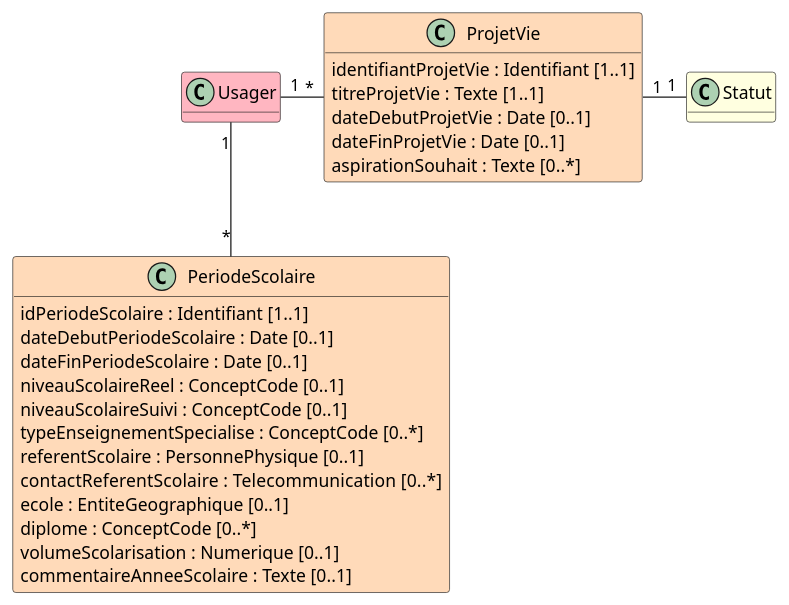
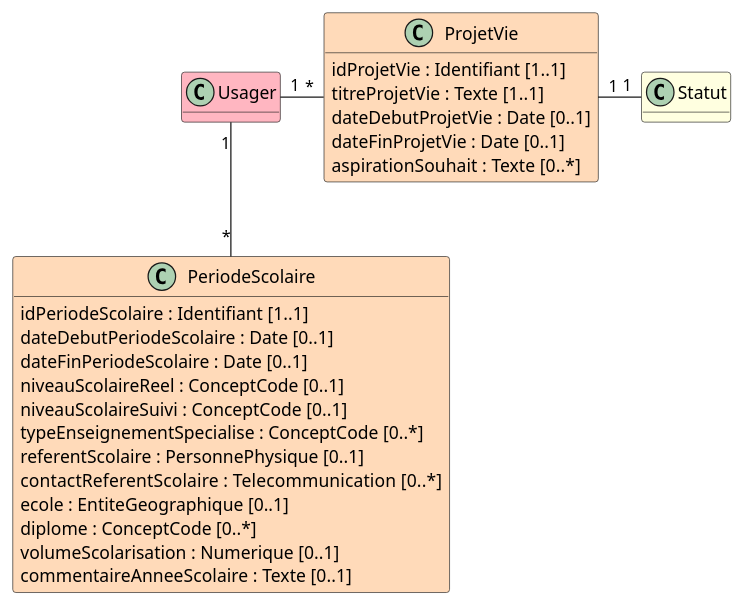
Before and after one commit to ansforge/IG-fhir-medicosocial-transfert-donnees-dui: the diagram in input/images-source/bloc_periode_scolaire.plantuml, drawn with PlantUML.

Commit message:
lot3 projet vie

```diff
--- a/input/images-source/bloc_periode_scolaire.plantuml
+++ b/input/images-source/bloc_periode_scolaire.plantuml
@@ -1,37 +1,37 @@
 @startuml
 
 hide empty methods
 
 class Usager #LightPink
 
 class Statut #LightYellow 
 
 class PeriodeScolaire #PeachPuff {
     idPeriodeScolaire : Identifiant [1..1]
     dateDebutPeriodeScolaire : Date [0..1]
     dateFinPeriodeScolaire : Date [0..1]
     niveauScolaireReel : ConceptCode [0..1]
     niveauScolaireSuivi : ConceptCode [0..1]
     typeEnseignementSpecialise : ConceptCode [0..*]
     referentScolaire : PersonnePhysique [0..1]
     contactReferentScolaire  : Telecommunication [0..*]
     ecole : EntiteGeographique [0..1]
     diplome : ConceptCode [0..*]
     volumeScolarisation : Numerique [0..1]
     commentaireAnneeScolaire : Texte [0..1]
 }
 
 class ProjetVie #PeachPuff {
-    identifiantProjetVie : Identifiant [1..1]
+    idProjetVie : Identifiant [1..1]
     titreProjetVie : Texte [1..1]
     dateDebutProjetVie : Date [0..1]
     dateFinProjetVie : Date [0..1]
     aspirationSouhait : Texte [0..*]
     }
 
 Usager "1" -- "*" PeriodeScolaire
 Usager "1" - "*" ProjetVie
 
 ProjetVie "1" - "1" Statut
 
 @enduml
```
